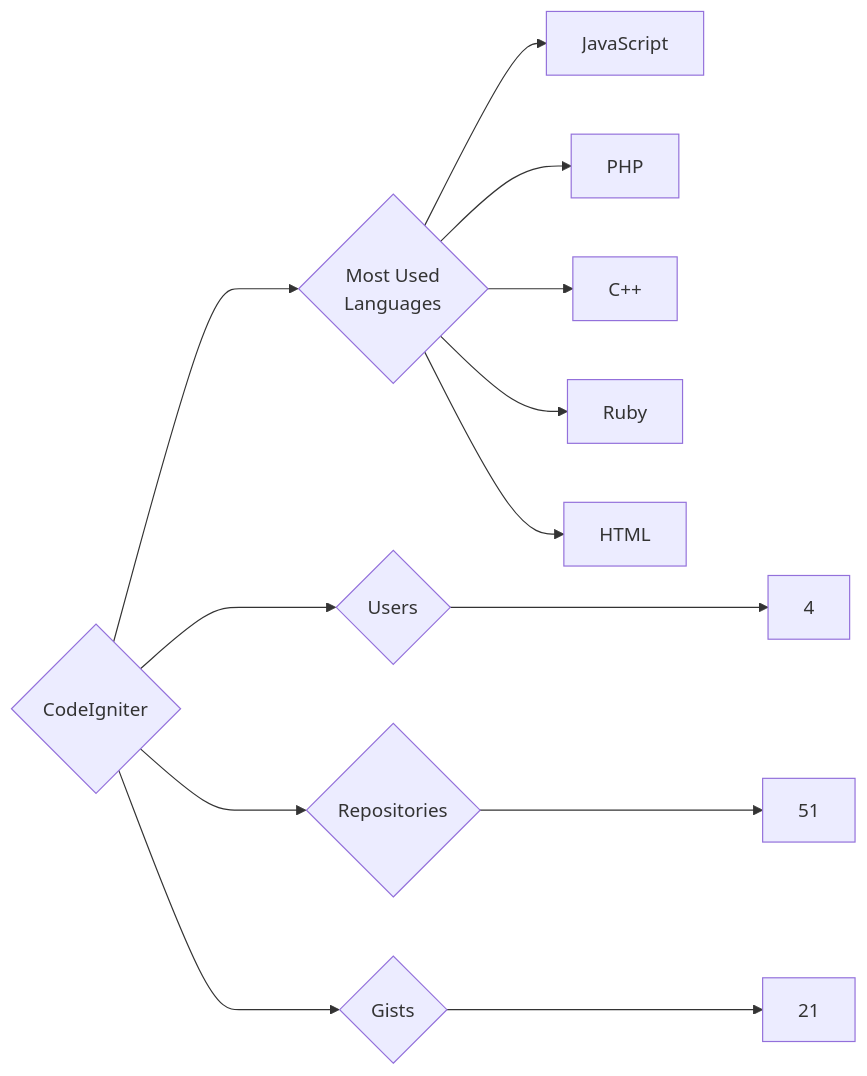
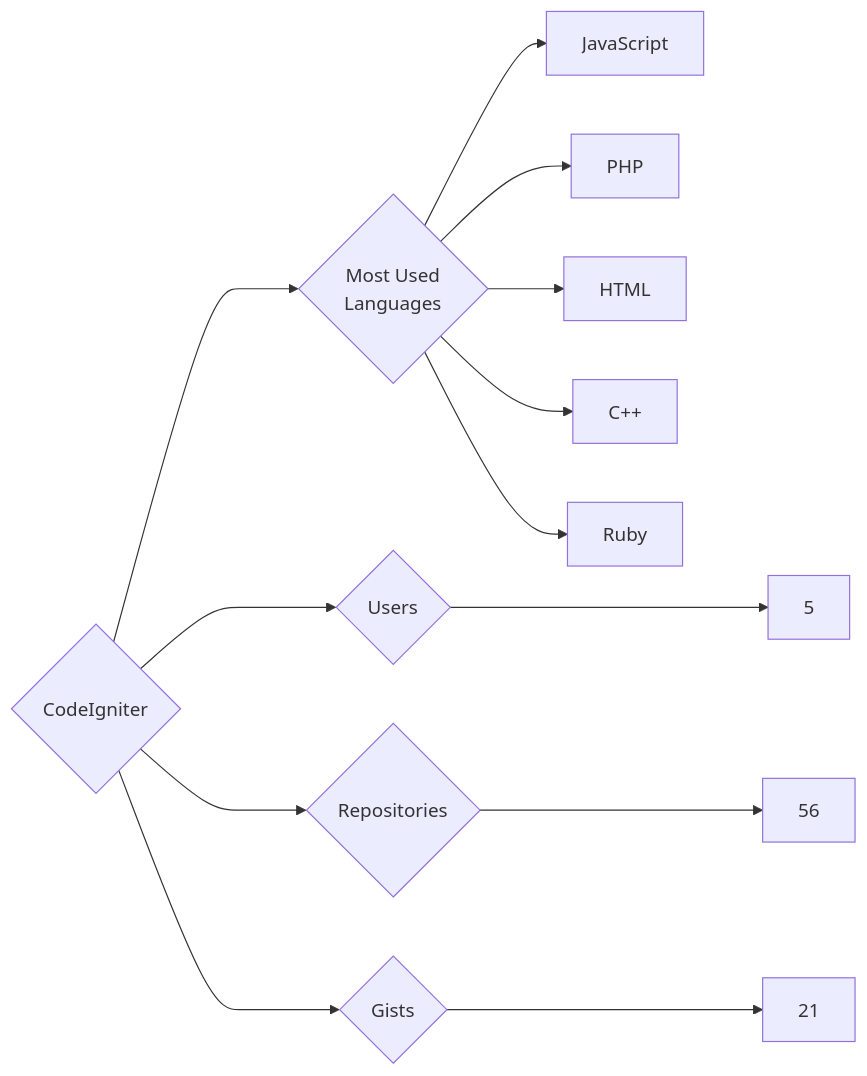
Before and after one commit to trickest/insiders: the diagram in targets/CodeIgniter/README.md, drawn with Mermaid. The commit also changed 723 other files, not shown here.

````diff
--- a/targets/CodeIgniter/README.md
+++ b/targets/CodeIgniter/README.md
@@ -3,13 +3,13 @@
 ```mermaid
 graph LR
 COMPANY_NAME{CodeIgniter}
-COMPANY_NAME ---> U{Users} ---> UN[4]
-COMPANY_NAME ---> R{Repositories} ---> RN[51]
+COMPANY_NAME ---> U{Users} ---> UN[5]
+COMPANY_NAME ---> R{Repositories} ---> RN[56]
 COMPANY_NAME ---> G{Gists} ---> GN[21]
 COMPANY_NAME ---> ML{Most Used<br>Languages}
 ML --> JavaScript[JavaScript]
 ML --> PHP[PHP]
+ML --> HTML[HTML]
 ML --> C++[C++]
 ML --> Ruby[Ruby]
-ML --> HTML[HTML]
 ```
````
